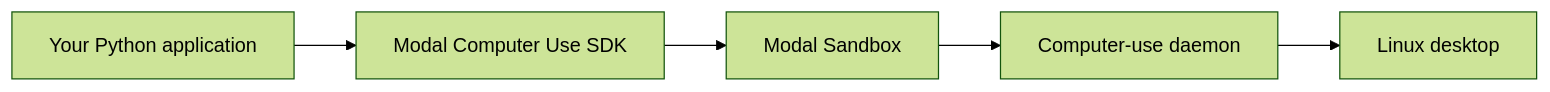
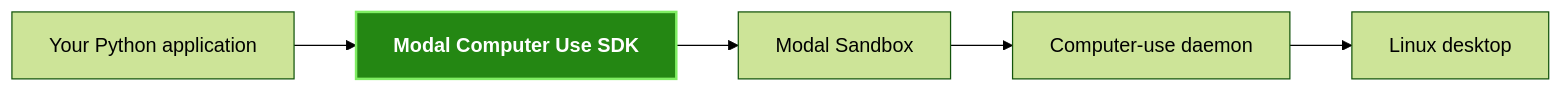
Before and after one commit to ashtonchew/modal-computer-use-docs: the diagram in index.mdx, drawn with Mermaid (forest theme).

Commit message:
docs: highlight SDK node in architecture diagram

````diff
--- a/index.mdx
+++ b/index.mdx
@@ -78,7 +78,9 @@
 ```mermaid
 flowchart LR
     A["Your Python application"] --> B["Modal Computer Use SDK"]
     B --> C["Modal Sandbox"]
     C --> D["Computer-use daemon"]
     D --> E["Linux desktop"]
+    classDef product fill:#248713,stroke:#7FEE63,color:#FFFFFF,stroke-width:2px,font-weight:600;
+    class B product;
 ```
````
